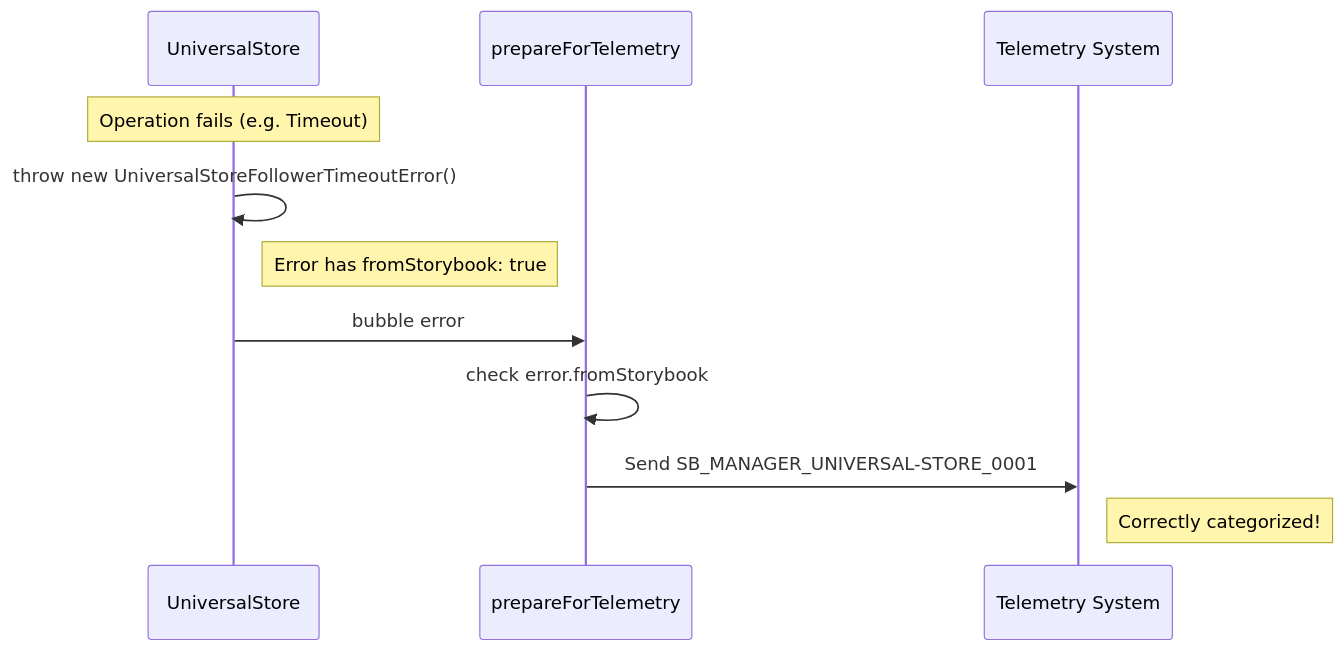
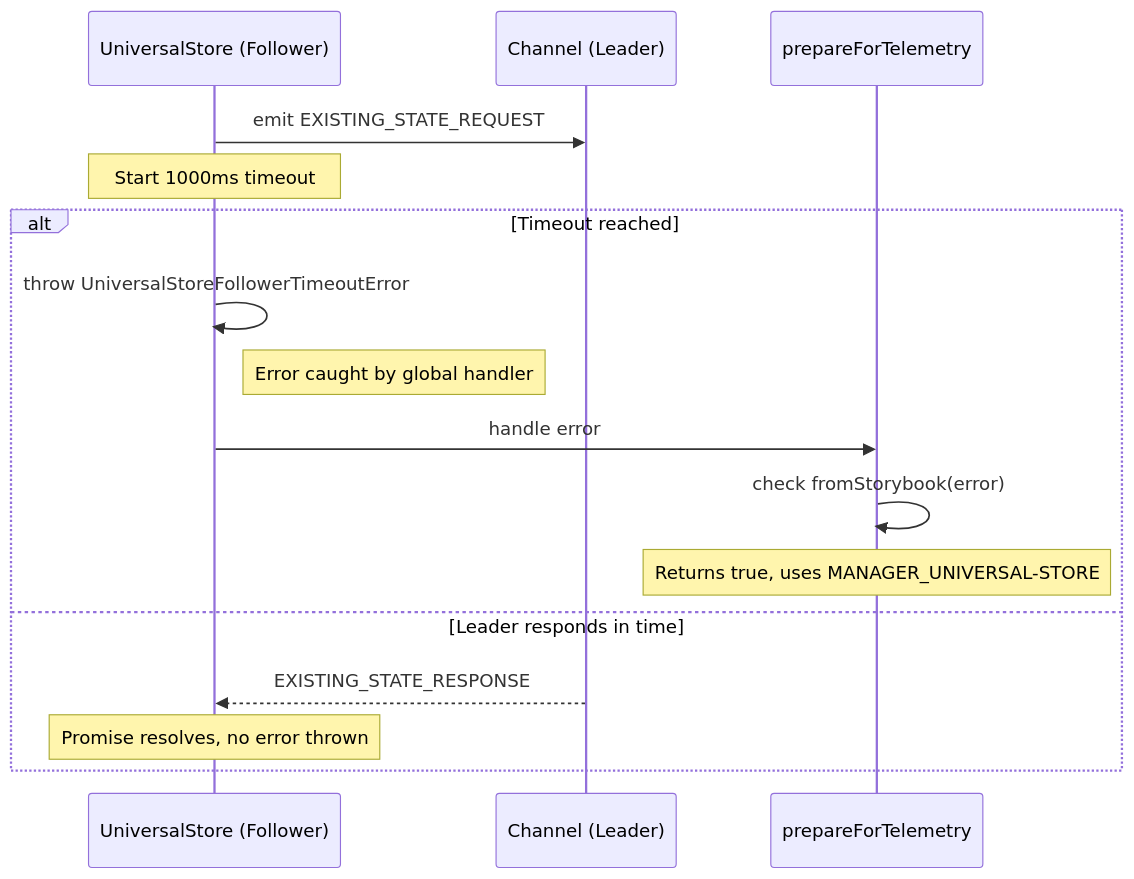
One commit to storybookjs/storybook changed the second of 2 diagrams in issue-34566-report.md. Above: the diagram before and after it, drawn with Mermaid. The commit also changed other lines of this file, not shown here.

````diff
--- a/issue-34566-report.md
+++ b/issue-34566-report.md
@@ -94,14 +72,19 @@
 ```mermaid
 sequenceDiagram
-  participant US as UniversalStore
-  participant PT as prepareForTelemetry
-  participant T as Telemetry System
+  participant Follower as UniversalStore (Follower)
+  participant Channel as Channel (Leader)
+  participant Telemetry as prepareForTelemetry
 
-  Note over US: Operation fails (e.g. Timeout)
-  US->>US: throw new UniversalStoreFollowerTimeoutError()
-  Note right of US: Error has fromStorybook: true
-  US->>PT: bubble error
-  PT->>PT: check error.fromStorybook
-  PT->>T: Send SB_MANAGER_UNIVERSAL-STORE_0001
-  Note right of T: Correctly categorized!
+  Follower->>Channel: emit EXISTING_STATE_REQUEST
+  Note over Follower: Start 1000ms timeout
+  alt Timeout reached
+    Follower->>Follower: throw UniversalStoreFollowerTimeoutError
+    Note right of Follower: Error caught by global handler
+    Follower->>Telemetry: handle error
+    Telemetry->>Telemetry: check fromStorybook(error)
+    Note over Telemetry: Returns true, uses MANAGER_UNIVERSAL-STORE
+  else Leader responds in time
+    Channel-->>Follower: EXISTING_STATE_RESPONSE
+    Note over Follower: Promise resolves, no error thrown
+  end
 ```
````
